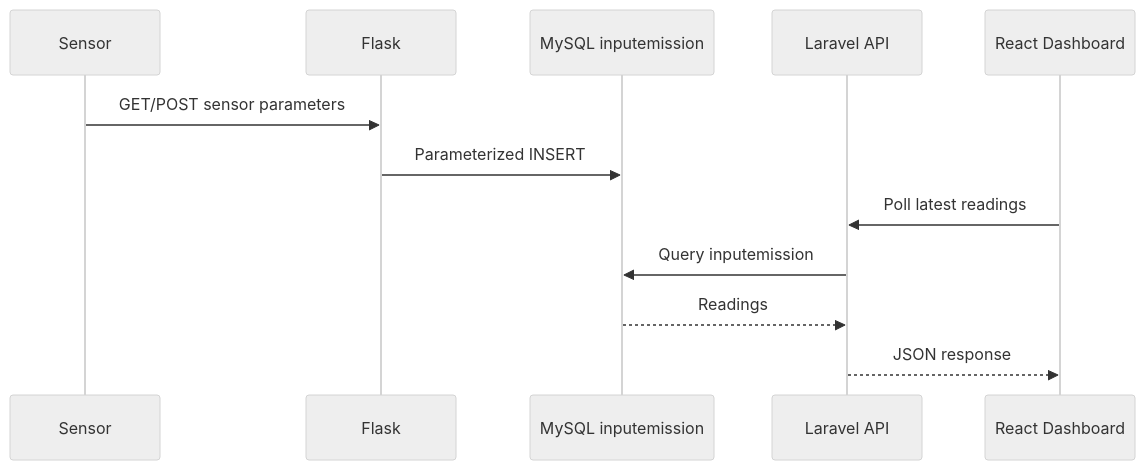
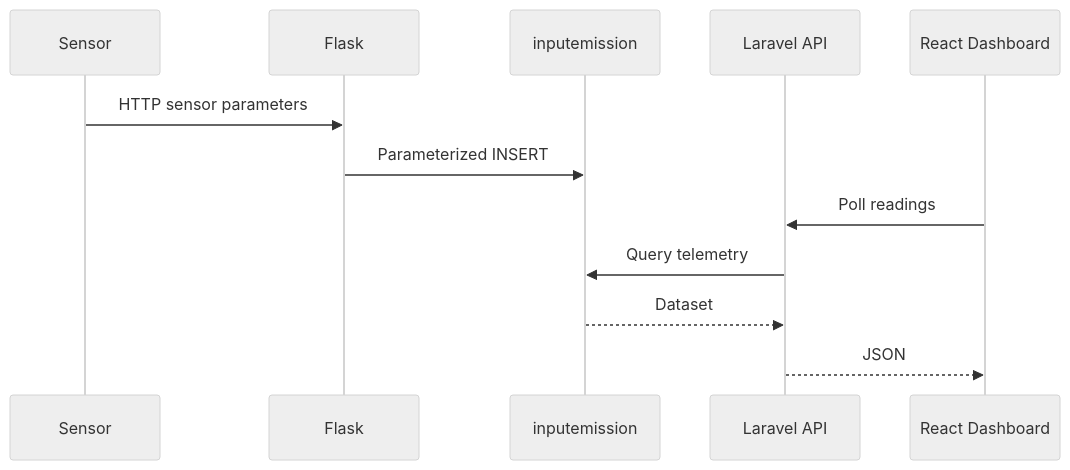
One commit to HidayahMF/kiansantangbrokermqtt changed the second of 5 diagrams in docs/development-pipeline.md. Above: the diagram before and after it, drawn with Mermaid (neutral theme). The commit also changed other lines of this file, not shown here.

````diff
--- a/docs/development-pipeline.md
+++ b/docs/development-pipeline.md
@@ -27,15 +52,15 @@
 ```mermaid
 sequenceDiagram
     participant S as Sensor
     participant F as Flask
-    participant D as MySQL inputemission
+    participant I as inputemission
     participant A as Laravel API
     participant R as React Dashboard
 
-    S->>F: GET/POST sensor parameters
-    F->>D: Parameterized INSERT
-    R->>A: Poll latest readings
-    A->>D: Query inputemission
-    D-->>A: Readings
-    A-->>R: JSON response
+    S->>F: HTTP sensor parameters
+    F->>I: Parameterized INSERT
+    R->>A: Poll readings
+    A->>I: Query telemetry
+    I-->>A: Dataset
+    A-->>R: JSON
 ```
````
